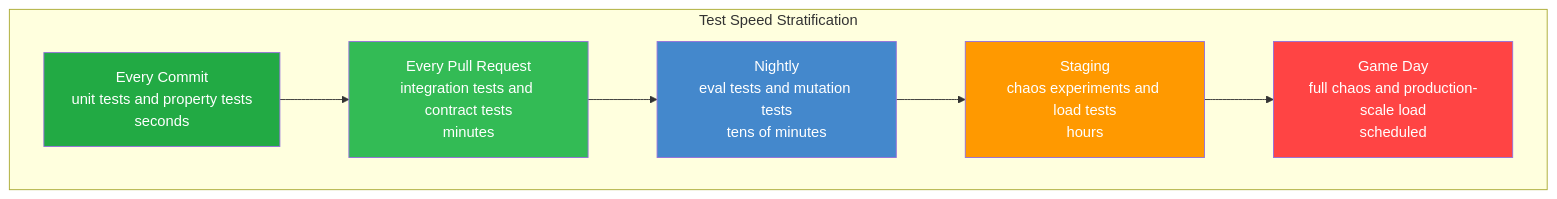
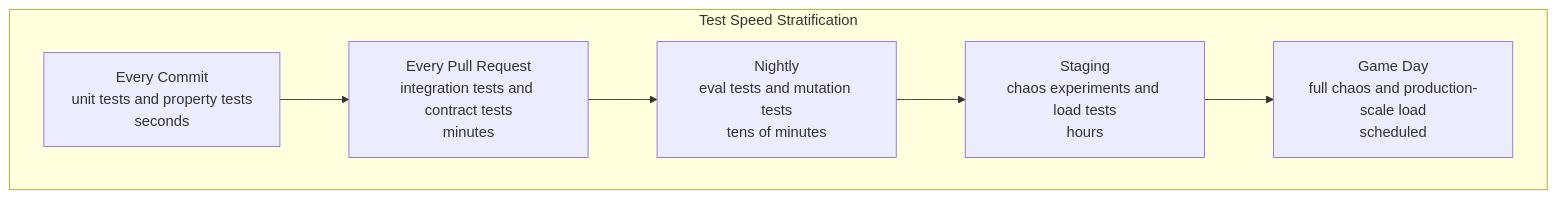
The second of 14 diagrams in plan/testing.md (1qh/safeagent), drawn with Mermaid before and after one commit. The commit also changed other lines of this file and 43 other files, not shown here.

Commit message:
Phase 3 compression: strip non-semantic separators and Mermaid style metadata

````diff
--- a/plan/testing.md
+++ b/plan/testing.md
@@ -57,18 +50,13 @@
 ```mermaid
 flowchart TD
     subgraph TEST_SPEED["Test Speed Stratification"]
         EVERY_COMMIT["Every Commit\nunit tests and property tests\nseconds"]
         EVERY_PR["Every Pull Request\nintegration tests and contract tests\nminutes"]
         NIGHTLY["Nightly\neval tests and mutation tests\ntens of minutes"]
         STAGING["Staging\nchaos experiments and load tests\nhours"]
         GAME_DAY["Game Day\nfull chaos and production-scale load\nscheduled"]
     end
 
     EVERY_COMMIT --> EVERY_PR --> NIGHTLY --> STAGING --> GAME_DAY
 
-    style EVERY_COMMIT fill:#22aa44,color:#fff
-    style EVERY_PR fill:#33bb55,color:#fff
-    style NIGHTLY fill:#4488cc,color:#fff
-    style STAGING fill:#ff9900,color:#fff
-    style GAME_DAY fill:#ff4444,color:#fff
 ```
````
